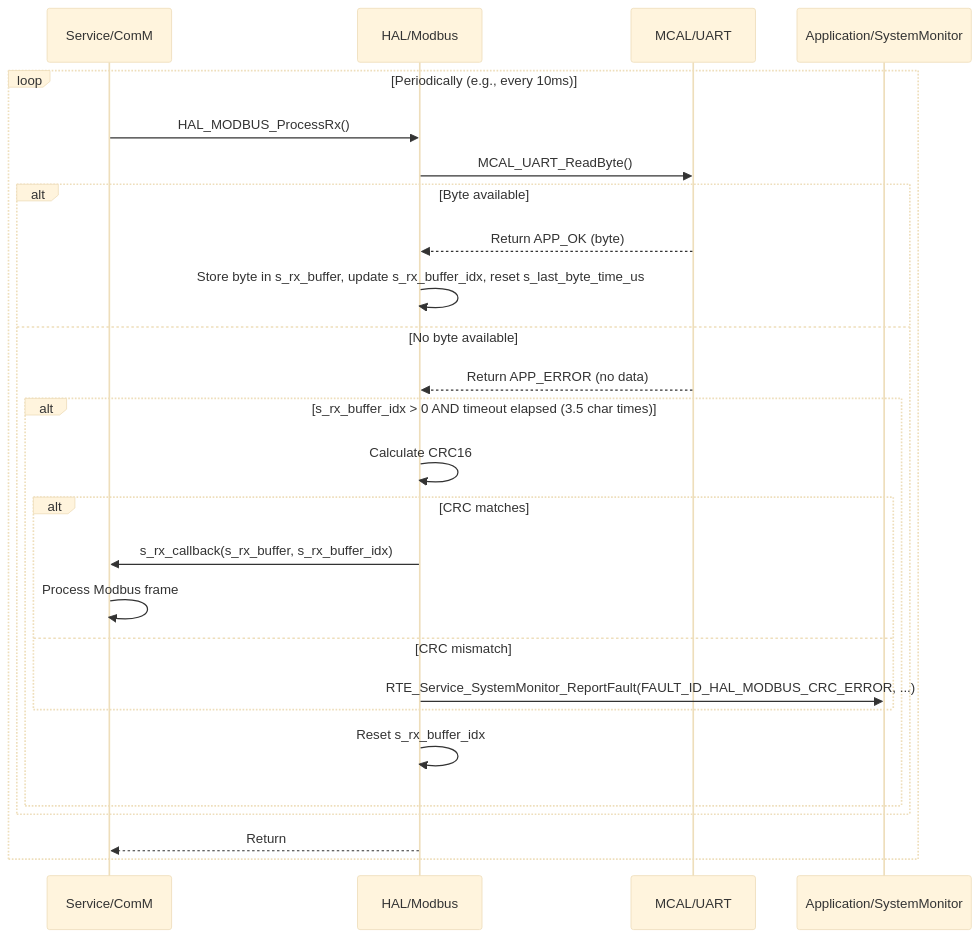
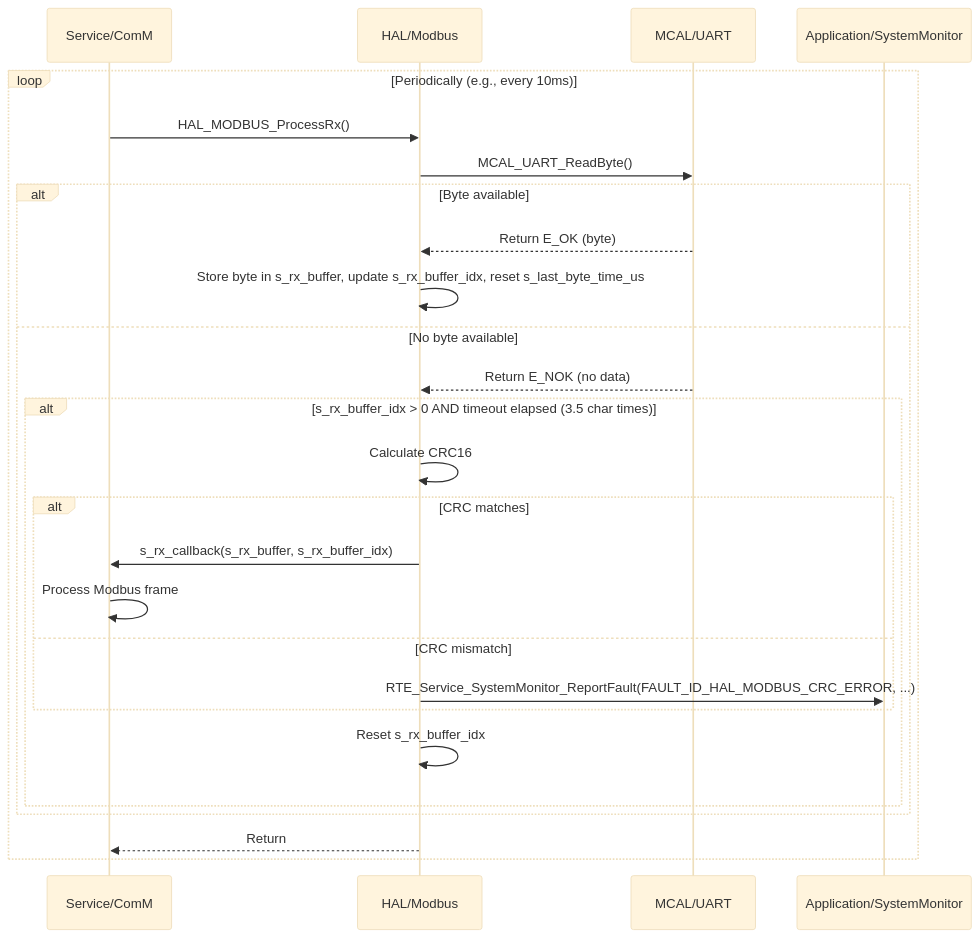
The diagram in Requiremets/Design/HAL/HAL_Modbus.md (ashaker-2/Platform), drawn with Mermaid (base theme) before and after one commit. The commit also changed other lines of this file and 716 other files, not shown here.

````diff
--- a/Requiremets/Design/HAL/HAL_Modbus.md
+++ b/Requiremets/Design/HAL/HAL_Modbus.md
@@ -166,29 +166,29 @@
 ```mermaid
 sequenceDiagram  
     participant ComM as Service/ComM  
     participant HAL_MODBUS as HAL/Modbus  
     participant MCAL_UART as MCAL/UART  
     participant SystemMonitor as Application/SystemMonitor
 
     loop Periodically (e.g., every 10ms)  
         ComM->>HAL_MODBUS: HAL_MODBUS_ProcessRx()  
         HAL_MODBUS->>MCAL_UART: MCAL_UART_ReadByte()  
         alt Byte available  
-            MCAL_UART-->>HAL_MODBUS: Return APP_OK (byte)  
+            MCAL_UART-->>HAL_MODBUS: Return E_OK (byte)  
             HAL_MODBUS->>HAL_MODBUS: Store byte in s_rx_buffer, update s_rx_buffer_idx, reset s_last_byte_time_us  
         else No byte available  
-            MCAL_UART-->>HAL_MODBUS: Return APP_ERROR (no data)  
+            MCAL_UART-->>HAL_MODBUS: Return E_NOK (no data)  
             alt s_rx_buffer_idx > 0 AND timeout elapsed (3.5 char times)  
                 HAL_MODBUS->>HAL_MODBUS: Calculate CRC16  
                 alt CRC matches  
                     HAL_MODBUS->>ComM: s_rx_callback(s_rx_buffer, s_rx_buffer_idx)  
                     ComM->>ComM: Process Modbus frame  
                 else CRC mismatch  
                     HAL_MODBUS->>SystemMonitor: RTE_Service_SystemMonitor_ReportFault(FAULT_ID_HAL_MODBUS_CRC_ERROR, ...)  
                 end  
                 HAL_MODBUS->>HAL_MODBUS: Reset s_rx_buffer_idx  
             end  
         end  
         HAL_MODBUS-->>ComM: Return  
     end
 ```
````
